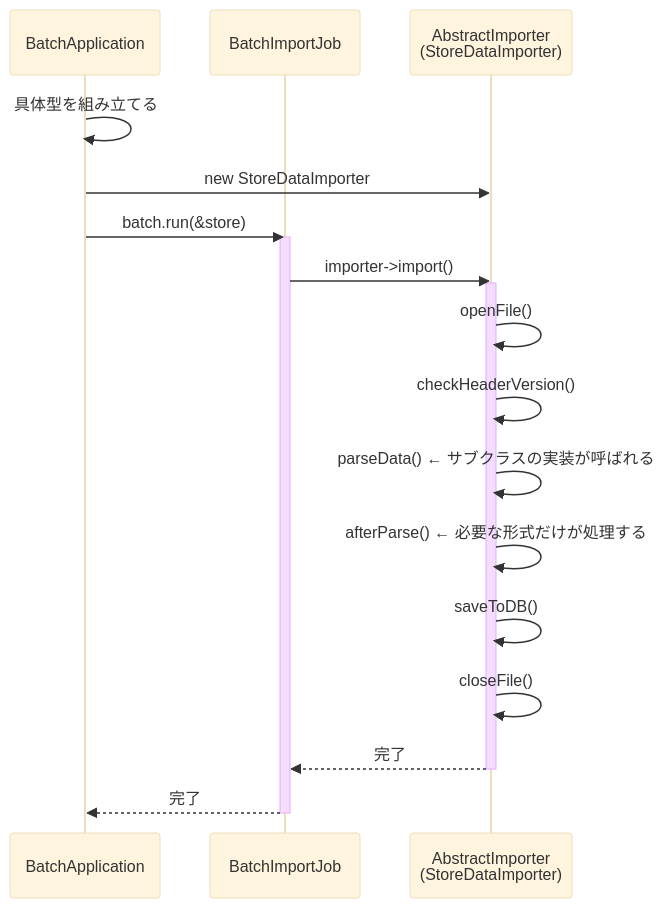
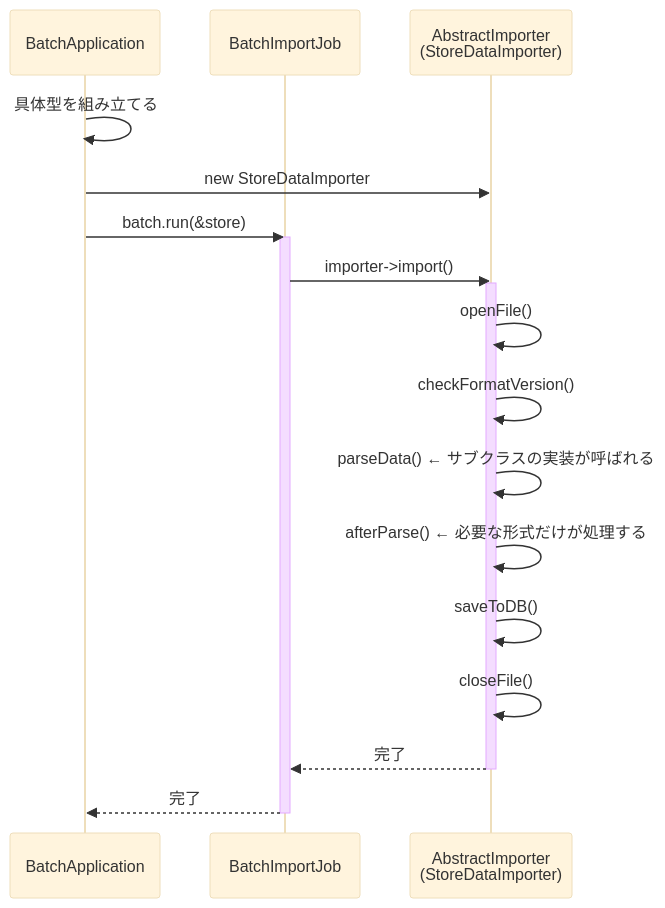
One commit to kumachan1101-pixel/DesignPattern changed the third of 7 diagrams in kindle/design-patterns/output/chapter04.md. Above: the diagram before and after it, drawn with Mermaid (base theme). The commit also changed other lines of this file and 1 other file, not shown here.

Commit message:
docs: align template method format checks

````diff
--- a/kindle/design-patterns/output/chapter04.md
+++ b/kindle/design-patterns/output/chapter04.md
@@ -723,23 +723,23 @@
 ```mermaid
 sequenceDiagram
     participant B as BatchApplication
     participant BIJ as BatchImportJob
     participant AI as AbstractImporter<br/>(StoreDataImporter)
 
     B->>B: 具体型を組み立てる
     B->>AI: new StoreDataImporter
     B->>BIJ: batch.run(&store)
     activate BIJ
     BIJ->>AI: importer->import()
     activate AI
     AI->>AI: openFile()
-    AI->>AI: checkHeaderVersion()
+    AI->>AI: checkFormatVersion()
     AI->>AI: parseData() ← サブクラスの実装が呼ばれる
     AI->>AI: afterParse() ← 必要な形式だけが処理する
     AI->>AI: saveToDB()
     AI->>AI: closeFile()
     AI-->>BIJ: 完了
     deactivate AI
     BIJ-->>B: 完了
     deactivate BIJ
 ```
````
